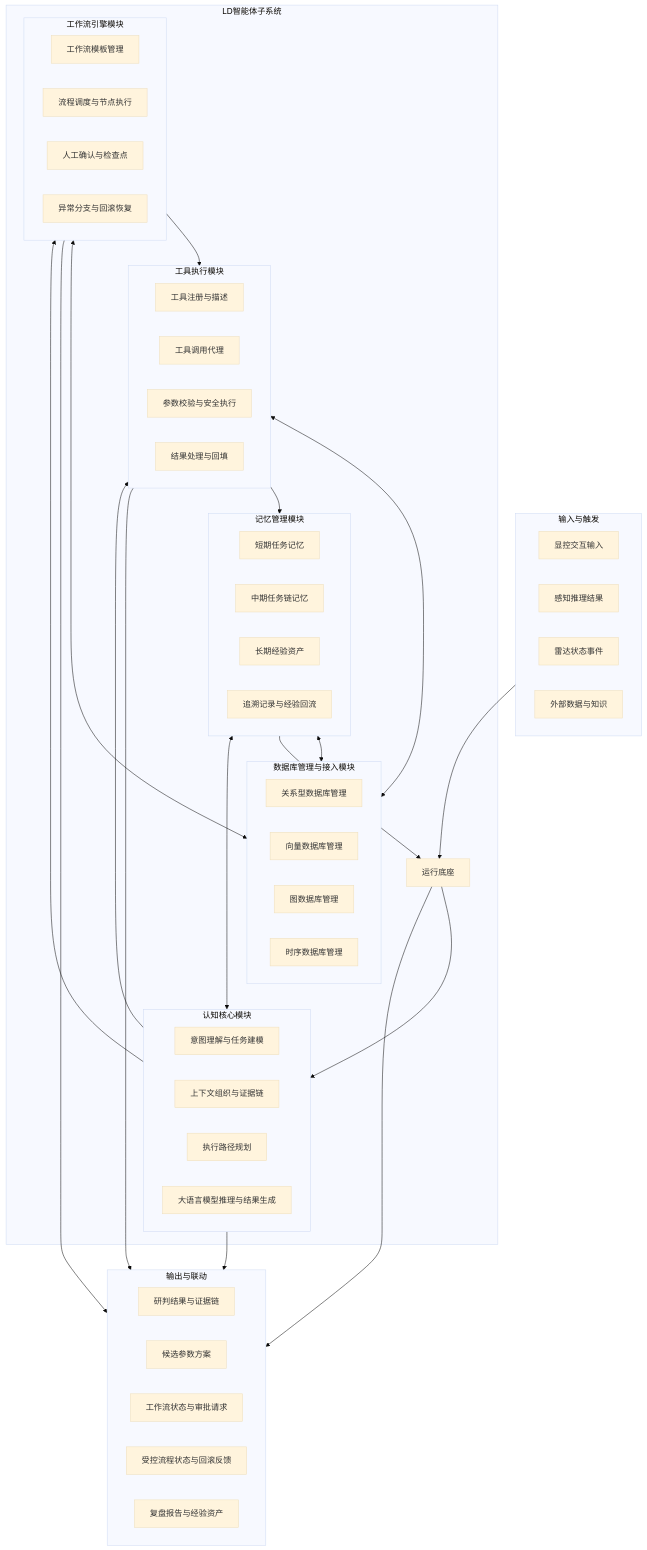
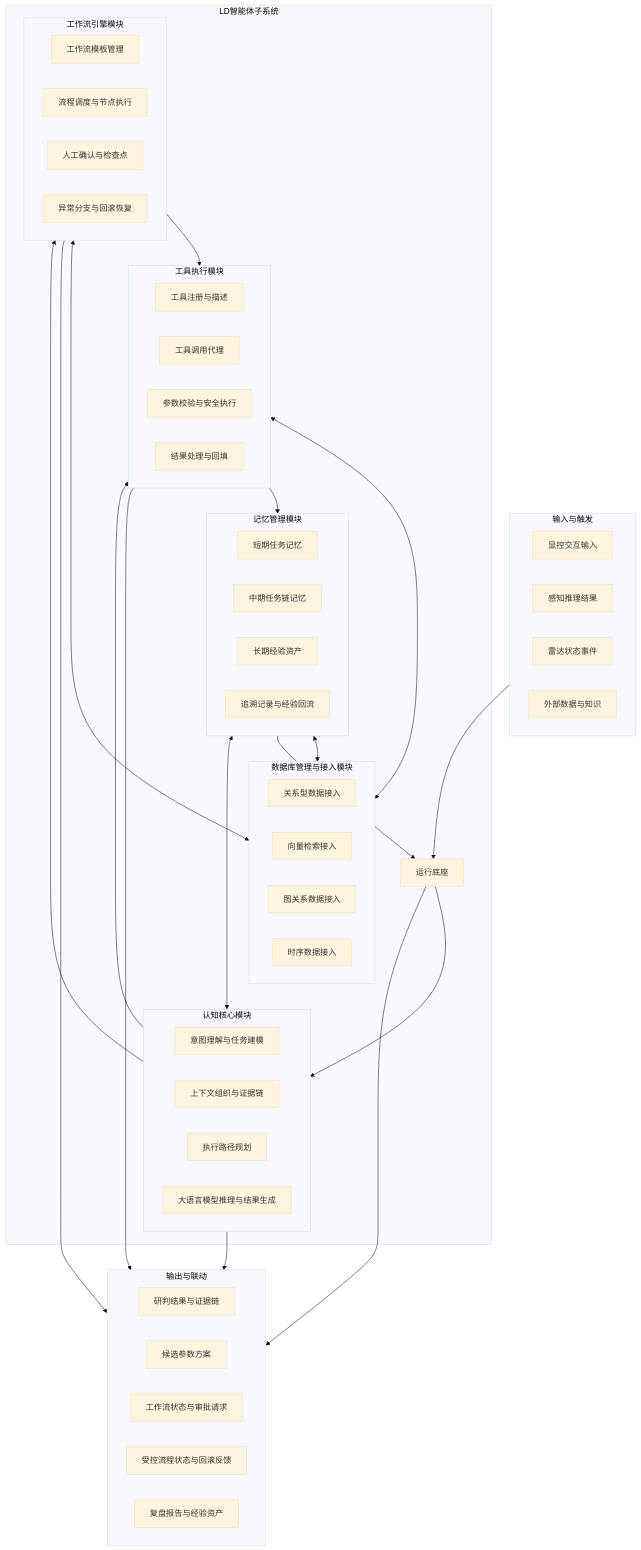
The third of 7 diagrams in radar agent/4.3.3.2 LD智能体子系统技术方案.md (StormSeven1/obsidian-vault), drawn with Mermaid (base theme) before and after one commit. The commit also changed other lines of this file, not shown here.

````diff
--- a/radar agent/4.3.3.2 LD智能体子系统技术方案.md
+++ b/radar agent/4.3.3.2 LD智能体子系统技术方案.md
@@ -109,67 +109,67 @@
 ```mermaid
 graph TB
     subgraph INPUT[输入与触发]
         I1[显控交互输入]
         I2[感知推理结果]
         I3[雷达状态事件]
         I4[外部数据与知识]
     end
 
     subgraph CORE[LD智能体子系统]
         H[运行底座]
         subgraph COG[认知核心模块]
             C1[意图理解与任务建模]
             C2[上下文组织与证据链]
             C3[执行路径规划]
             C4[大语言模型推理与结果生成]
         end
         subgraph MEM[记忆管理模块]
             M1[短期任务记忆]
             M2[中期任务链记忆]
             M3[长期经验资产]
             M4[追溯记录与经验回流]
         end
         subgraph TOOL[工具执行模块]
             T1[工具注册与描述]
             T2[工具调用代理]
             T3[参数校验与安全执行]
             T4[结果处理与回填]
         end
         subgraph WF[工作流引擎模块]
             W1[工作流模板管理]
             W2[流程调度与节点执行]
             W3[人工确认与检查点]
             W4[异常分支与回滚恢复]
         end
         subgraph DB[数据库管理与接入模块]
-            D1[关系型数据库管理]
-            D2[向量数据库管理]
-            D3[图数据库管理]
-            D4[时序数据库管理]
+            D1[关系型数据接入]
+            D2[向量检索接入]
+            D3[图关系数据接入]
+            D4[时序数据接入]
         end
     end
 
     subgraph OUTPUT[输出与联动]
         O1[研判结果与证据链]
         O2[候选参数方案]
         O3[工作流状态与审批请求]
         O4[受控流程状态与回滚反馈]
         O5[复盘报告与经验资产]
     end
 
     INPUT --> H
     H --> COG
     COG <--> MEM
     COG --> TOOL
     COG --> WF
     WF --> TOOL
     MEM <--> DB
     TOOL <--> DB
     WF <--> DB
     TOOL --> MEM
     MEM --> H
     TOOL --> OUTPUT
     WF --> OUTPUT
     COG --> OUTPUT
     H --> OUTPUT
 ```
````
